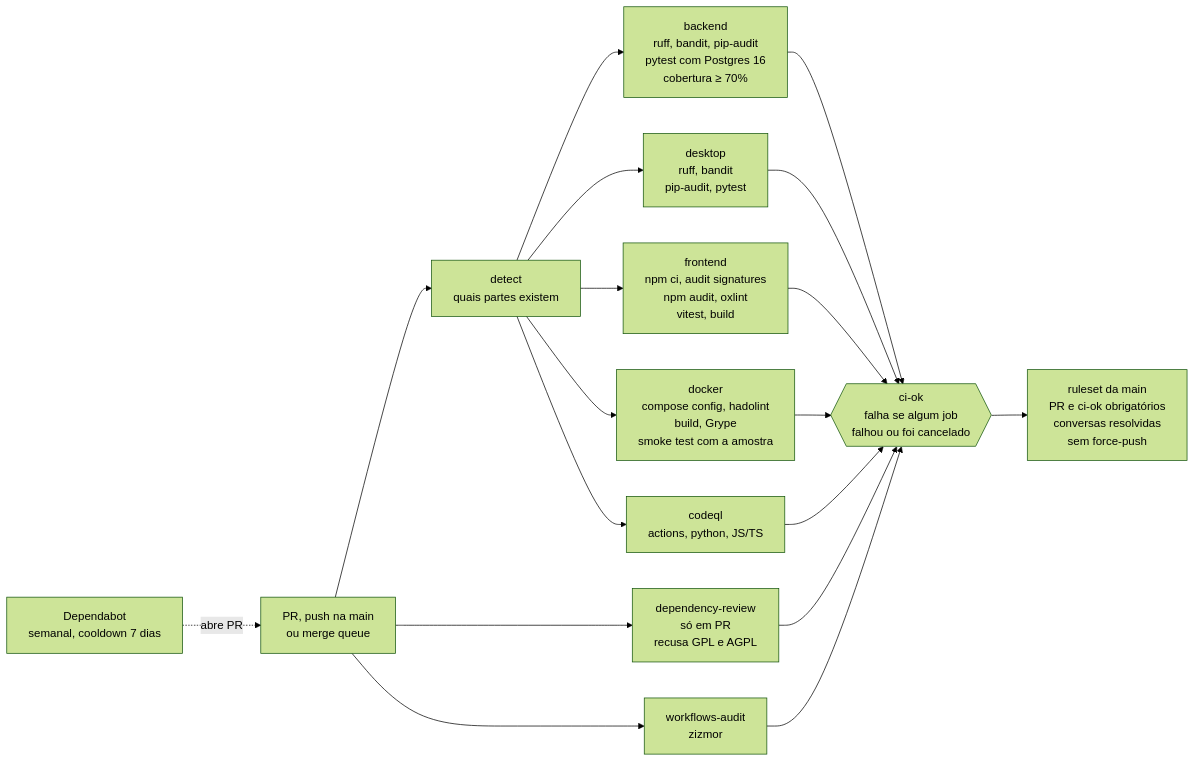
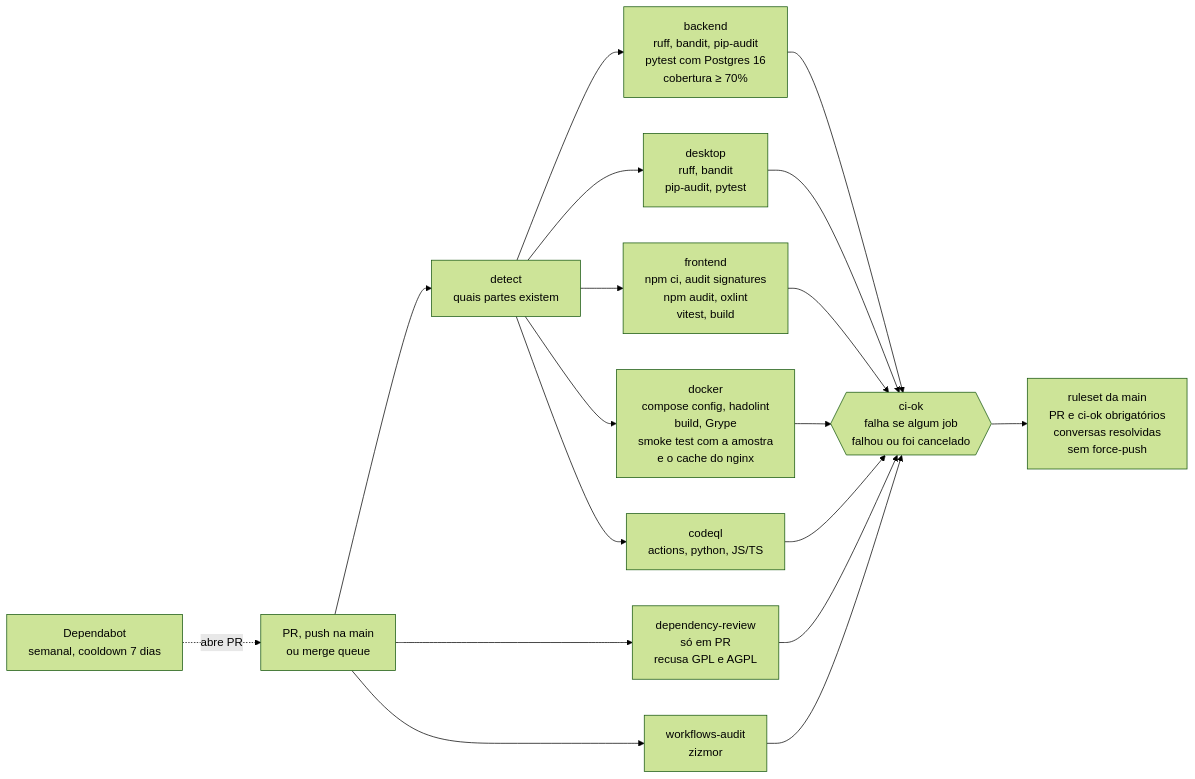
The fifth of 5 diagrams in docs/arquitetura.md (cerfdotdev/radar-publico), drawn with Mermaid (forest theme) before and after one commit. The commit also changed other lines of this file and 5 other files, not shown here.

````diff
--- a/docs/arquitetura.md
+++ b/docs/arquitetura.md
@@ -251,22 +264,22 @@
 ```mermaid
 flowchart LR
     ev["PR, push na main<br/>ou merge queue"]
     det["detect<br/>quais partes existem"]
     be["backend<br/>ruff, bandit, pip-audit<br/>pytest com Postgres 16<br/>cobertura ≥ 70%"]
     dk["desktop<br/>ruff, bandit<br/>pip-audit, pytest"]
     fe["frontend<br/>npm ci, audit signatures<br/>npm audit, oxlint<br/>vitest, build"]
-    dock["docker<br/>compose config, hadolint<br/>build, Grype<br/>smoke test com a amostra"]
+    dock["docker<br/>compose config, hadolint<br/>build, Grype<br/>smoke test com a amostra<br/>e o cache do nginx"]
     cq["codeql<br/>actions, python, JS/TS"]
     dr["dependency-review<br/>só em PR<br/>recusa GPL e AGPL"]
     wa["workflows-audit<br/>zizmor"]
     ok{{"ci-ok<br/>falha se algum job<br/>falhou ou foi cancelado"}}
     rs["ruleset da main<br/>PR e ci-ok obrigatórios<br/>conversas resolvidas<br/>sem force-push"]
     dep["Dependabot<br/>semanal, cooldown 7 dias"]
 
     ev --> det
     det --> be & dk & fe & dock & cq
     ev --> dr & wa
     be & dk & fe & dock & cq & dr & wa --> ok
     ok --> rs
     dep -. "abre PR" .-> ev
 ```
````
